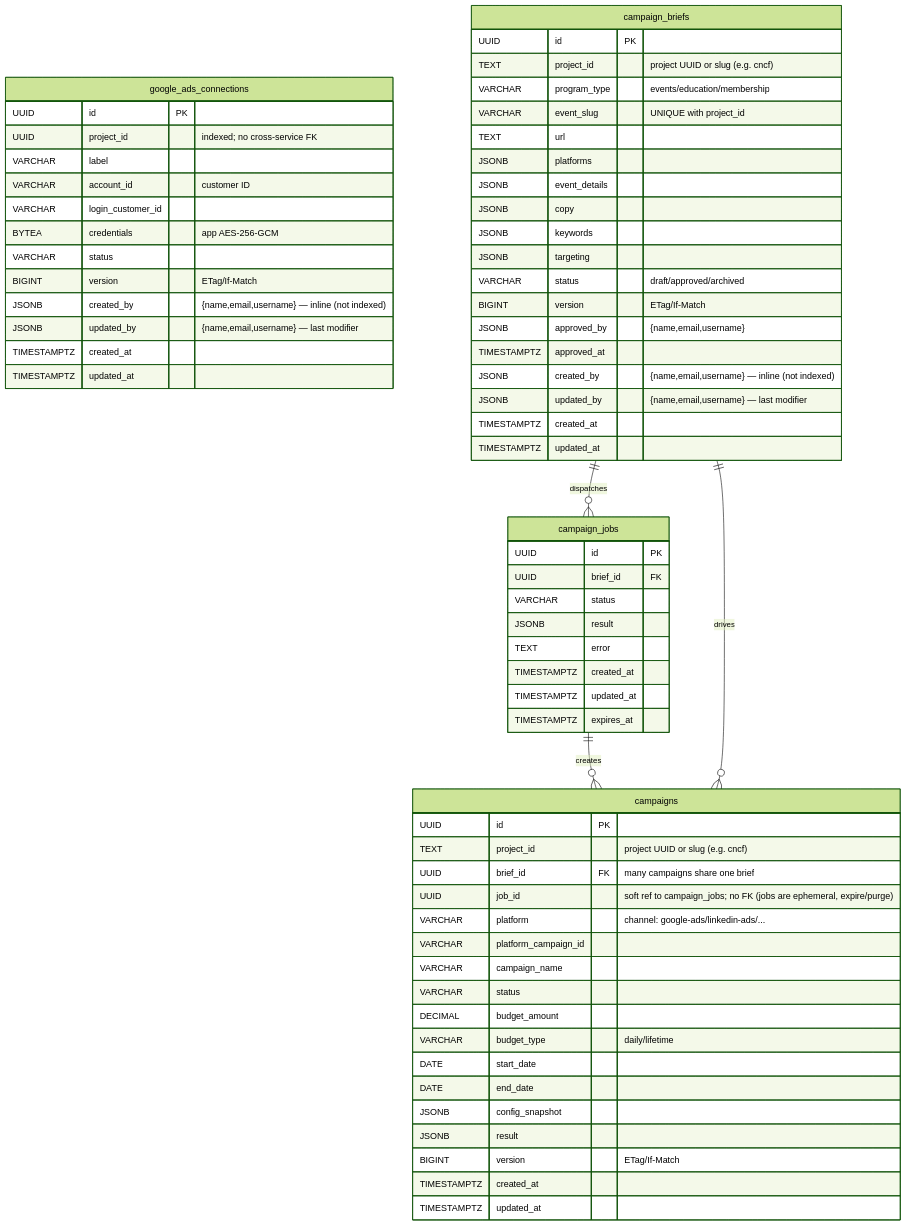
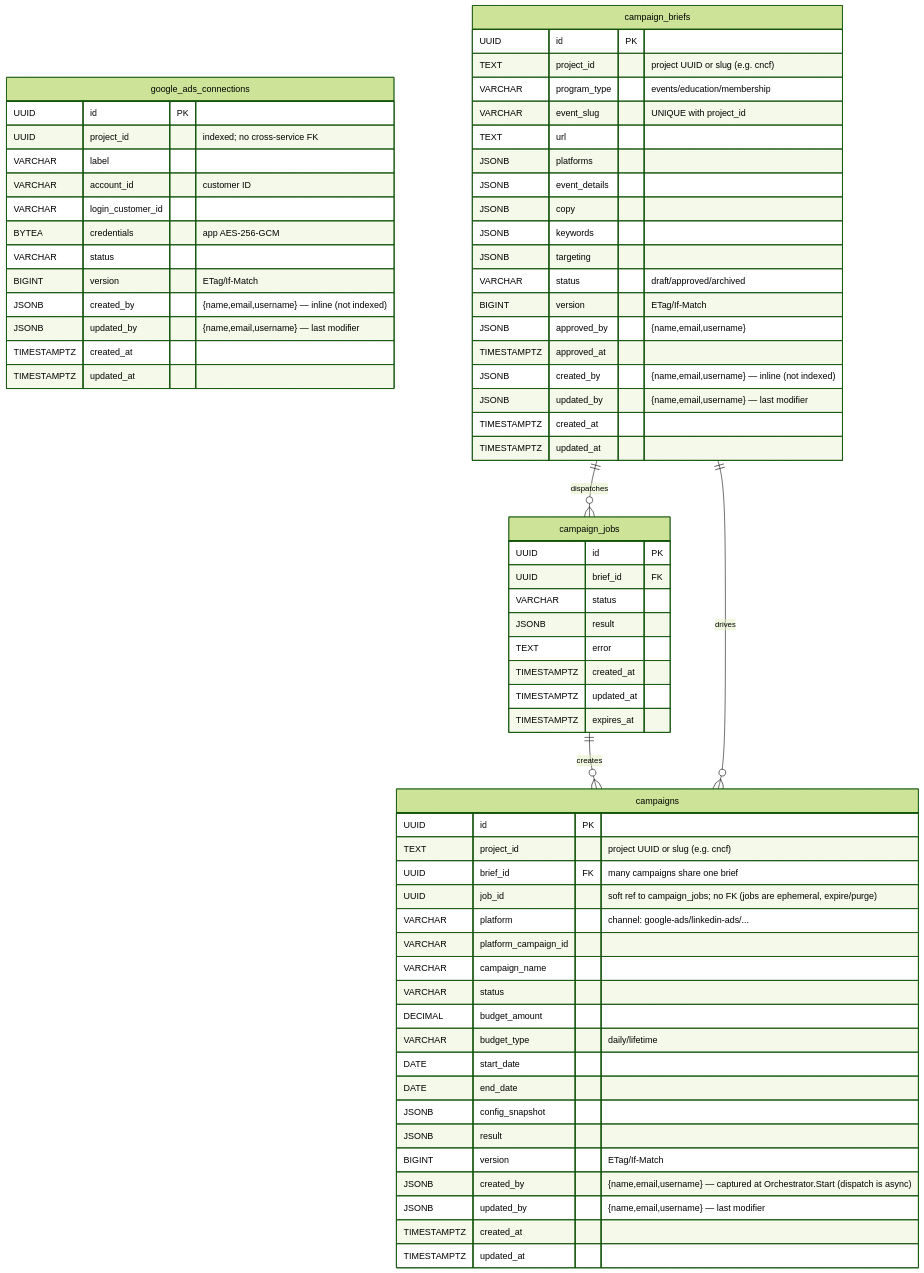
The seventh of 8 diagrams in docs/architecture.md (linuxfoundation/lfx-v2-campaign-service), drawn with Mermaid (forest theme) before and after one commit. The commit also changed other lines of this file and 15 other files, not shown here.

````diff
--- a/docs/architecture.md
+++ b/docs/architecture.md
@@ -340,73 +340,75 @@
 ```mermaid
 erDiagram
     google_ads_connections {
         UUID id PK
         UUID project_id "indexed; no cross-service FK"
         VARCHAR label
         VARCHAR account_id "customer ID"
         VARCHAR login_customer_id
         BYTEA credentials "app AES-256-GCM"
         VARCHAR status
         BIGINT version "ETag/If-Match"
         JSONB created_by "{name,email,username} — inline (not indexed)"
         JSONB updated_by "{name,email,username} — last modifier"
         TIMESTAMPTZ created_at
         TIMESTAMPTZ updated_at
     }
 
     campaign_briefs {
         UUID id PK
         TEXT project_id "project UUID or slug (e.g. cncf)"
         VARCHAR program_type "events/education/membership"
         VARCHAR event_slug "UNIQUE with project_id"
         TEXT url
         JSONB platforms
         JSONB event_details
         JSONB copy
         JSONB keywords
         JSONB targeting
         VARCHAR status "draft/approved/archived"
         BIGINT version "ETag/If-Match"
         JSONB approved_by "{name,email,username}"
         TIMESTAMPTZ approved_at
         JSONB created_by "{name,email,username} — inline (not indexed)"
         JSONB updated_by "{name,email,username} — last modifier"
         TIMESTAMPTZ created_at
         TIMESTAMPTZ updated_at
     }
 
     campaigns {
         UUID id PK
         TEXT project_id "project UUID or slug (e.g. cncf)"
         UUID brief_id FK "many campaigns share one brief"
         UUID job_id "soft ref to campaign_jobs; no FK (jobs are ephemeral, expire/purge)"
         VARCHAR platform "channel: google-ads/linkedin-ads/..."
         VARCHAR platform_campaign_id
         VARCHAR campaign_name
         VARCHAR status
         DECIMAL budget_amount
         VARCHAR budget_type "daily/lifetime"
         DATE start_date
         DATE end_date
         JSONB config_snapshot
         JSONB result
         BIGINT version "ETag/If-Match"
+        JSONB created_by "{name,email,username} — captured at Orchestrator.Start (dispatch is async)"
+        JSONB updated_by "{name,email,username} — last modifier"
         TIMESTAMPTZ created_at
         TIMESTAMPTZ updated_at
     }
 
     campaign_jobs {
         UUID id PK
         UUID brief_id FK
         VARCHAR status
         JSONB result
         TEXT error
         TIMESTAMPTZ created_at
         TIMESTAMPTZ updated_at
         TIMESTAMPTZ expires_at
     }
 
     campaign_briefs ||--o{ campaign_jobs : "dispatches"
     campaign_jobs ||--o{ campaigns : "creates"
     campaign_briefs ||--o{ campaigns : "drives"
 ```
````
